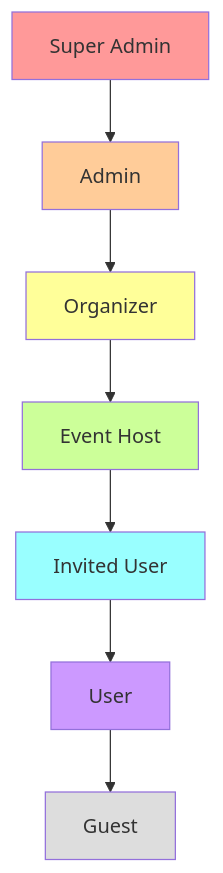
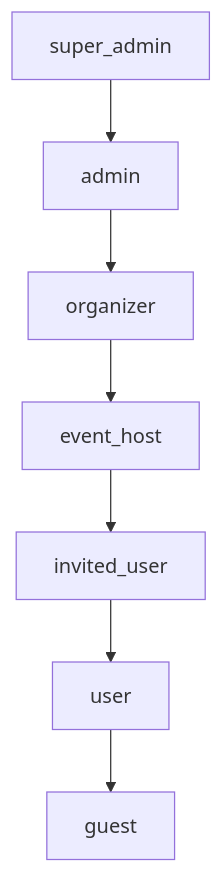
One commit to mrj0nesmtl/cloud-burst changed the diagram in docs/rbac/role_based_access_control.md. Above: the diagram before and after it, drawn with Mermaid. The commit also changed other lines of this file and 64 other files, not shown here.

````diff
--- a/docs/rbac/role_based_access_control.md
+++ b/docs/rbac/role_based_access_control.md
@@ -19,17 +8,9 @@
 ```mermaid
 graph TD
-    A[Super Admin] --> B[Admin]
-    B --> C[Organizer]
-    C --> D[Event Host]
-    D --> E[Invited User]
-    E --> F[User]
-    F --> G[Guest]
-    
-    style A fill:#ff9999
-    style B fill:#ffcc99
-    style C fill:#ffff99
-    style D fill:#ccff99
-    style E fill:#99ffff
-    style F fill:#cc99ff
-    style G fill:#dddddd
+    A[super_admin] --> B[admin]
+    B --> C[organizer]
+    C --> D[event_host]
+    D --> E[invited_user]
+    E --> F[user]
+    F --> G[guest]
 ```
````
